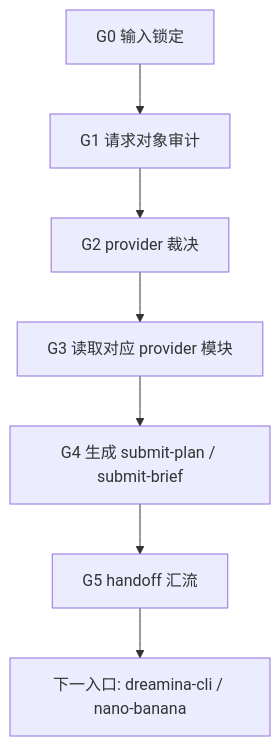
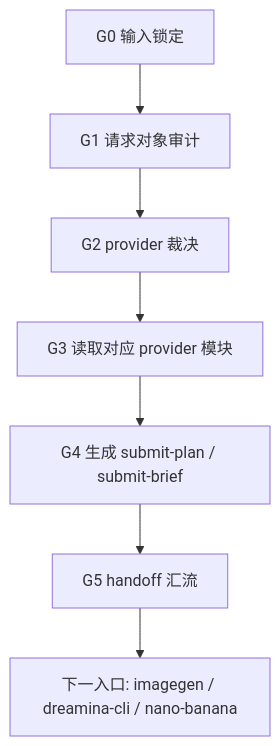
One commit to ZEN-VOID/AI-CUT changed the first of 3 diagrams in .agents/skills/aigc/5-Image/3-图像生成/SKILL.md. Above: the diagram before and after it, drawn with Mermaid. The commit also changed other lines of this file and 59 other files, not shown here.

````diff
--- a/.agents/skills/aigc/5-Image/3-图像生成/SKILL.md
+++ b/.agents/skills/aigc/5-Image/3-图像生成/SKILL.md
@@ -180,9 +185,9 @@
 ```mermaid
 flowchart TD
     A["G0 输入锁定"] --> B["G1 请求对象审计"]
     B --> C["G2 provider 裁决"]
     C --> D["G3 读取对应 provider 模块"]
     D --> E["G4 生成 submit-plan / submit-brief"]
     E --> F["G5 handoff 汇流"]
-    F --> G["下一入口: dreamina-cli / nano-banana"]
+    F --> G["下一入口: imagegen / dreamina-cli / nano-banana"]
 ```
````
